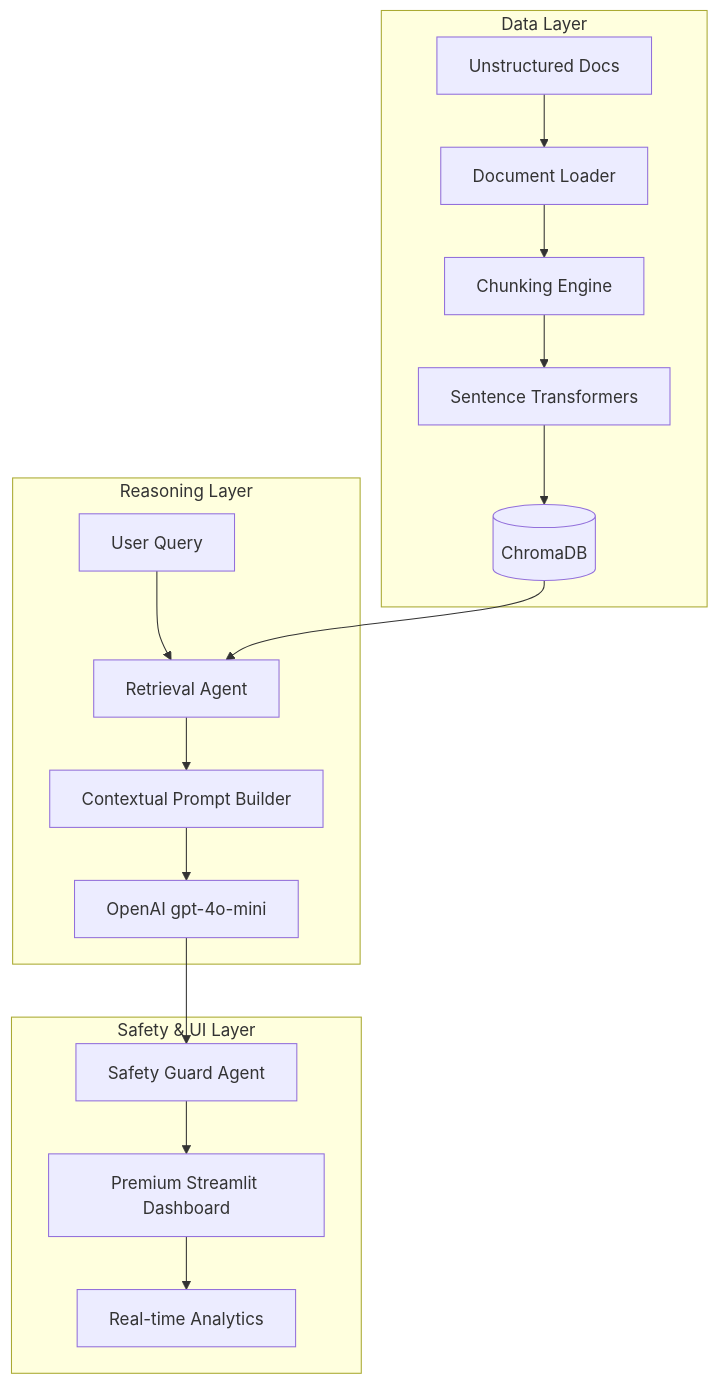
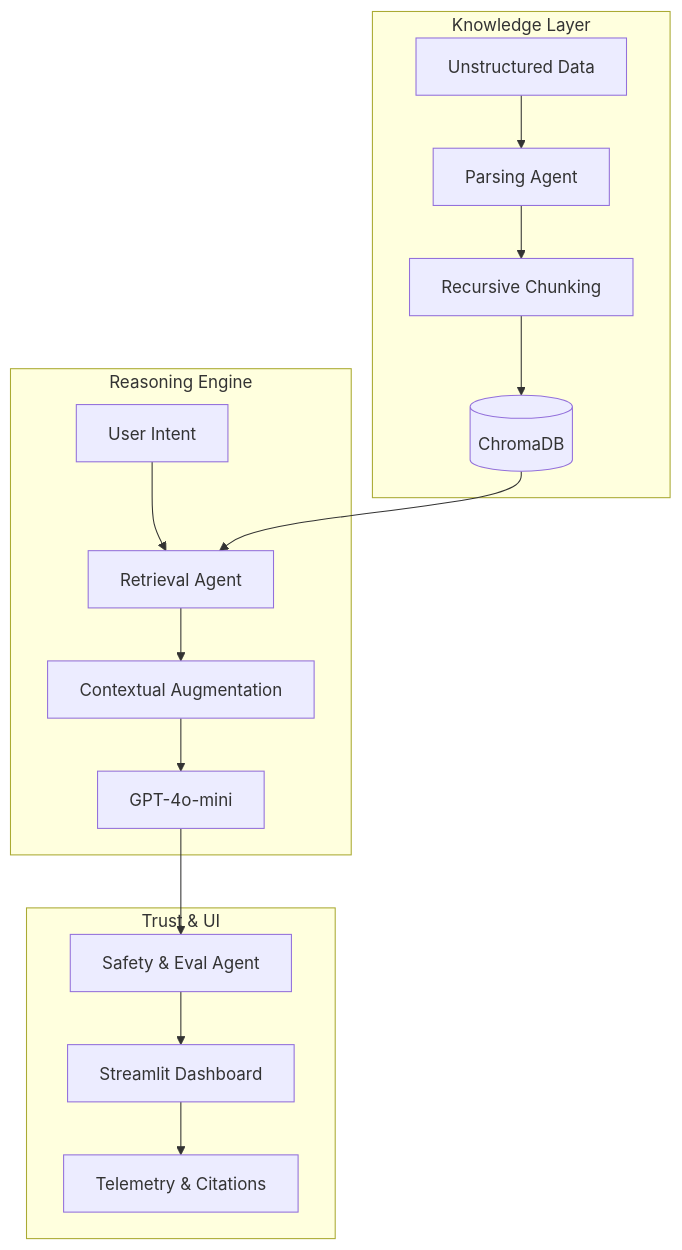
The diagram in README.md (animusehsan-sketch/parsuma-ai-platform), drawn with Mermaid before and after one commit. The commit also changed other lines of this file and 3 other files, not shown here.

````diff
--- a/README.md
+++ b/README.md
@@ -43,22 +46,21 @@
 ```mermaid
 graph TD
-    subgraph "Data Layer"
-        DOCS[Unstructured Docs] --> LOAD[Document Loader]
-        LOAD --> CHUNK[Chunking Engine]
-        CHUNK --> EMBED[Sentence Transformers]
-        EMBED --> VDB[(ChromaDB)]
+    subgraph "Knowledge Layer"
+        DOCS[Unstructured Data] --> LOAD[Parsing Agent]
+        LOAD --> CHUNK[Recursive Chunking]
+        CHUNK --> VDB[(ChromaDB)]
     end
 
-    subgraph "Reasoning Layer"
-        QUERY[User Query] --> RET[Retrieval Agent]
+    subgraph "Reasoning Engine"
+        QUERY[User Intent] --> RET[Retrieval Agent]
         VDB --> RET
-        RET --> PROMPT[Contextual Prompt Builder]
-        PROMPT --> LLM[OpenAI gpt-4o-mini]
+        RET --> PROMPT[Contextual Augmentation]
+        PROMPT --> LLM[GPT-4o-mini]
     end
 
-    subgraph "Safety & UI Layer"
-        LLM --> SAFE[Safety Guard Agent]
-        SAFE --> UI[Premium Streamlit Dashboard]
-        UI --> ANALYTICS[Real-time Analytics]
+    subgraph "Trust & UI"
+        LLM --> EVAL[Safety & Eval Agent]
+        EVAL --> UI[Streamlit Dashboard]
+        UI --> ANALYTICS[Telemetry & Citations]
     end
 ```
````
